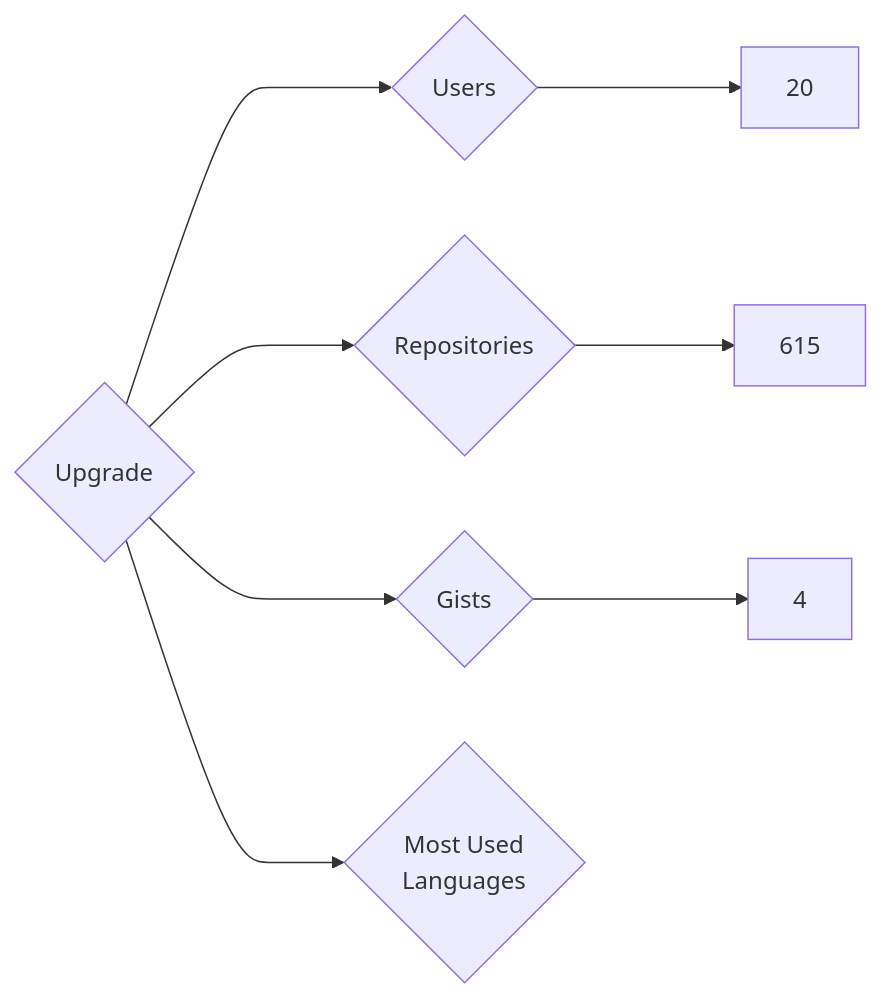
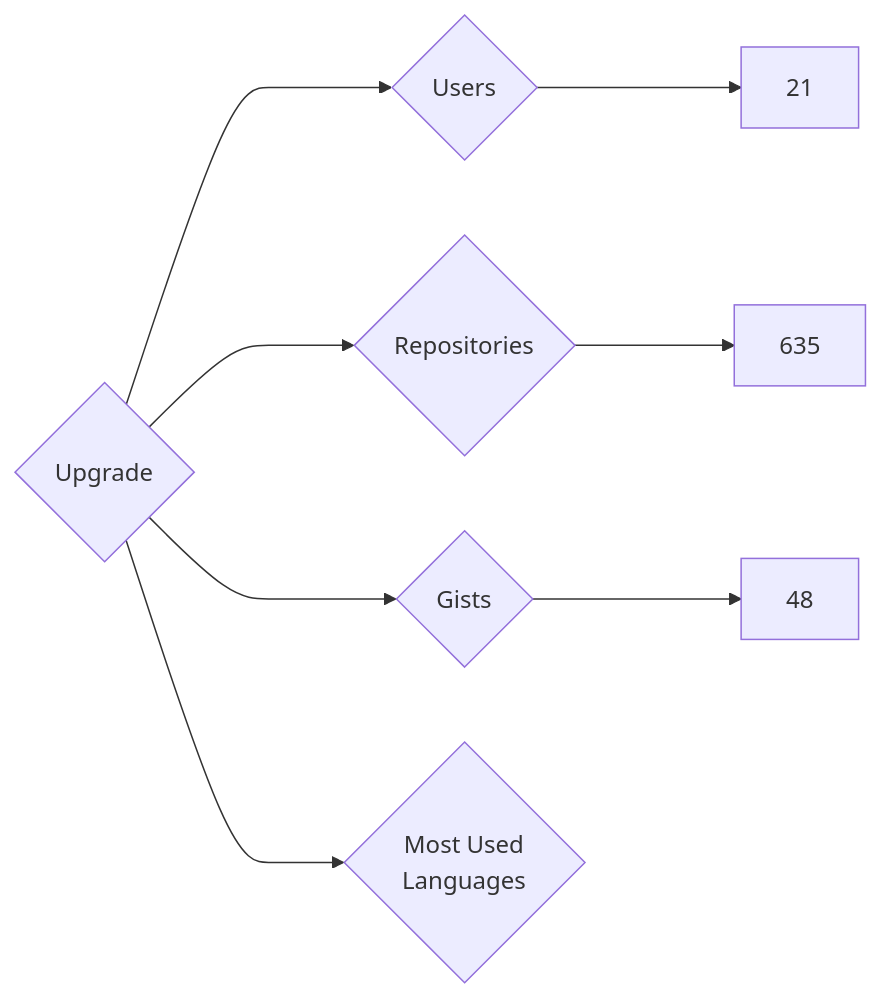
Before and after one commit to nenadzaric/insiders: the diagram in targets/Upgrade/README.md, drawn with Mermaid. The commit also changed 1342 other files, not shown here.

````diff
--- a/targets/Upgrade/README.md
+++ b/targets/Upgrade/README.md
@@ -3,8 +3,8 @@
 ```mermaid
 graph LR
 COMPANY_NAME{Upgrade}
-COMPANY_NAME ---> U{Users} ---> UN[20]
-COMPANY_NAME ---> R{Repositories} ---> RN[615]
-COMPANY_NAME ---> G{Gists} ---> GN[4]
+COMPANY_NAME ---> U{Users} ---> UN[21]
+COMPANY_NAME ---> R{Repositories} ---> RN[635]
+COMPANY_NAME ---> G{Gists} ---> GN[48]
 COMPANY_NAME ---> ML{Most Used<br>Languages}
 ```
````
